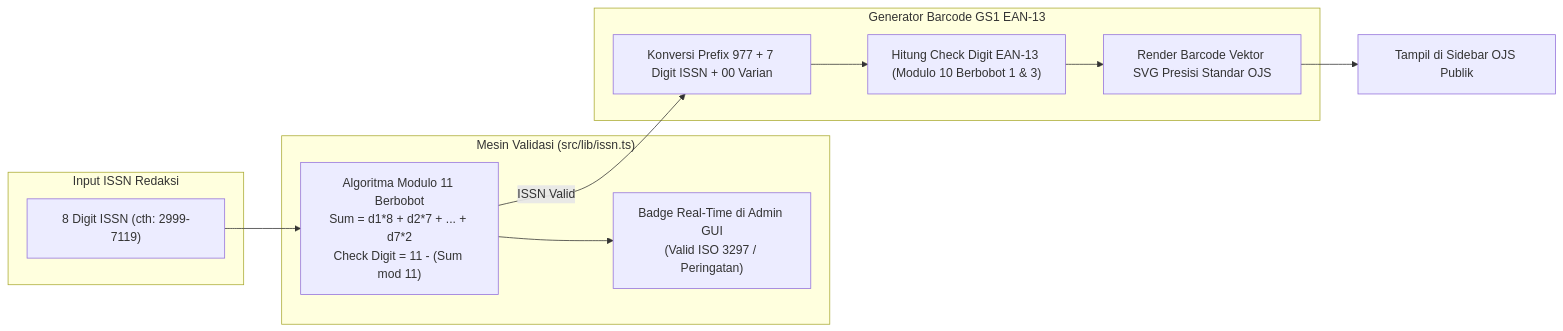
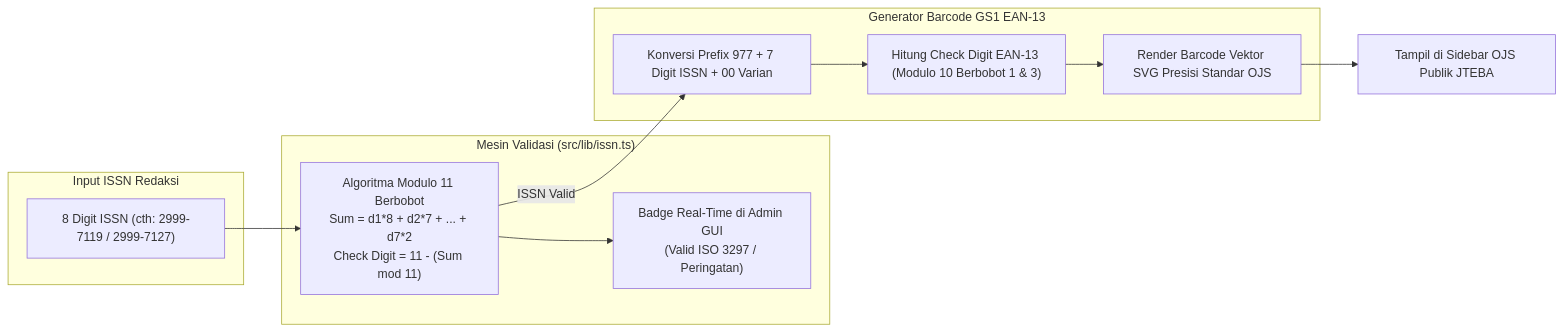
Before and after one commit to sonhak-18/Serverless-Open-Journal-System: the third of 3 diagrams in README.md, drawn with Mermaid. The commit also changed other lines of this file and 39 other files, not shown here.

````diff
--- a/README.md
+++ b/README.md
@@ -106,24 +106,24 @@
 ```mermaid
 flowchart LR
     subgraph Input["Input ISSN Redaksi"]
-        RawISSN["8 Digit ISSN (cth: 2999-7119)"]
+        RawISSN["8 Digit ISSN (cth: 2999-7119 / 2999-7127)"]
     end
 
     subgraph Engine["Mesin Validasi (src/lib/issn.ts)"]
         Modulo11["Algoritma Modulo 11 Berbobot<br/>Sum = d1*8 + d2*7 + ... + d7*2<br/>Check Digit = 11 - (Sum mod 11)"]
         BadgeStatus["Badge Real-Time di Admin GUI<br/>(Valid ISO 3297 / Peringatan)"]
     end
 
     subgraph BarcodeGenerator["Generator Barcode GS1 EAN-13"]
         EANConv["Konversi Prefix 977 + 7 Digit ISSN + 00 Varian"]
         EANCheck["Hitung Check Digit EAN-13 (Modulo 10 Berbobot 1 & 3)"]
         SVGRender["Render Barcode Vektor SVG Presisi Standar OJS"]
     end
 
     RawISSN --> Modulo11
     Modulo11 --> BadgeStatus
     Modulo11 -->|ISSN Valid| EANConv
     EANConv --> EANCheck
     EANCheck --> SVGRender
-    SVGRender --> Sidebar["Tampil di Sidebar OJS Publik"]
+    SVGRender --> Sidebar["Tampil di Sidebar OJS Publik JTEBA"]
 ```
````
